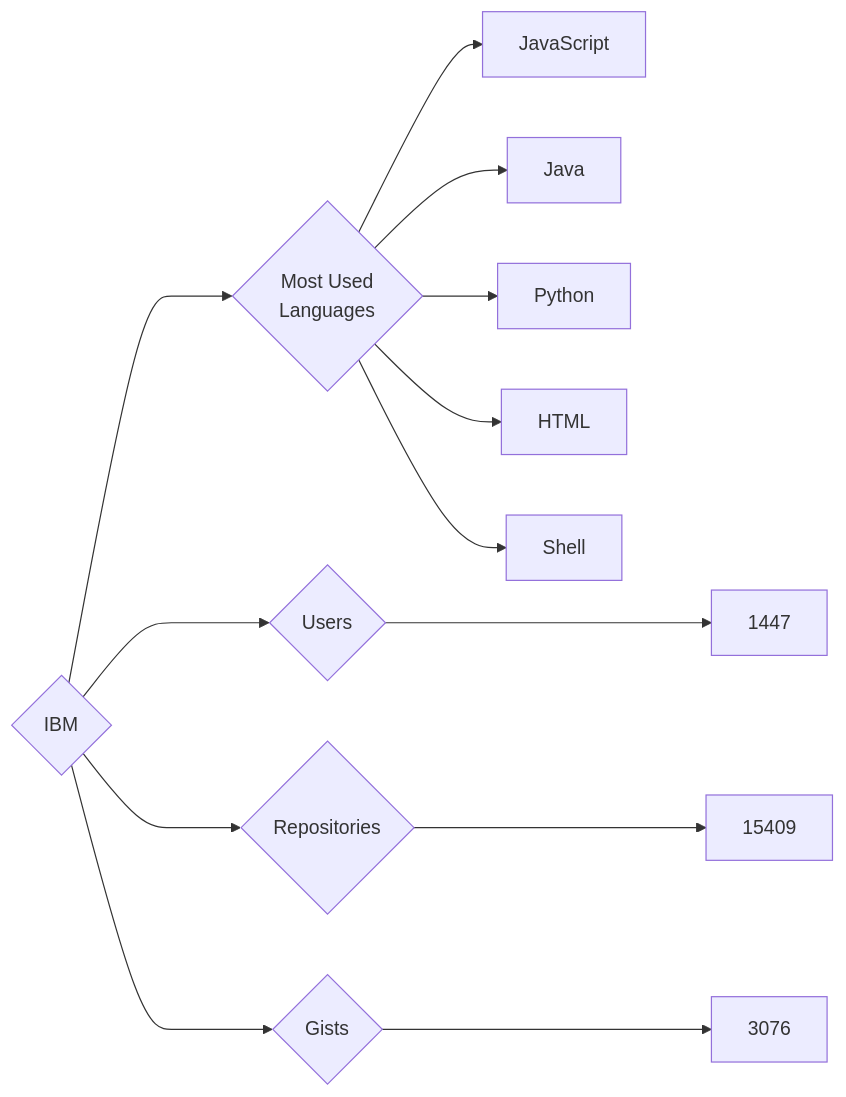
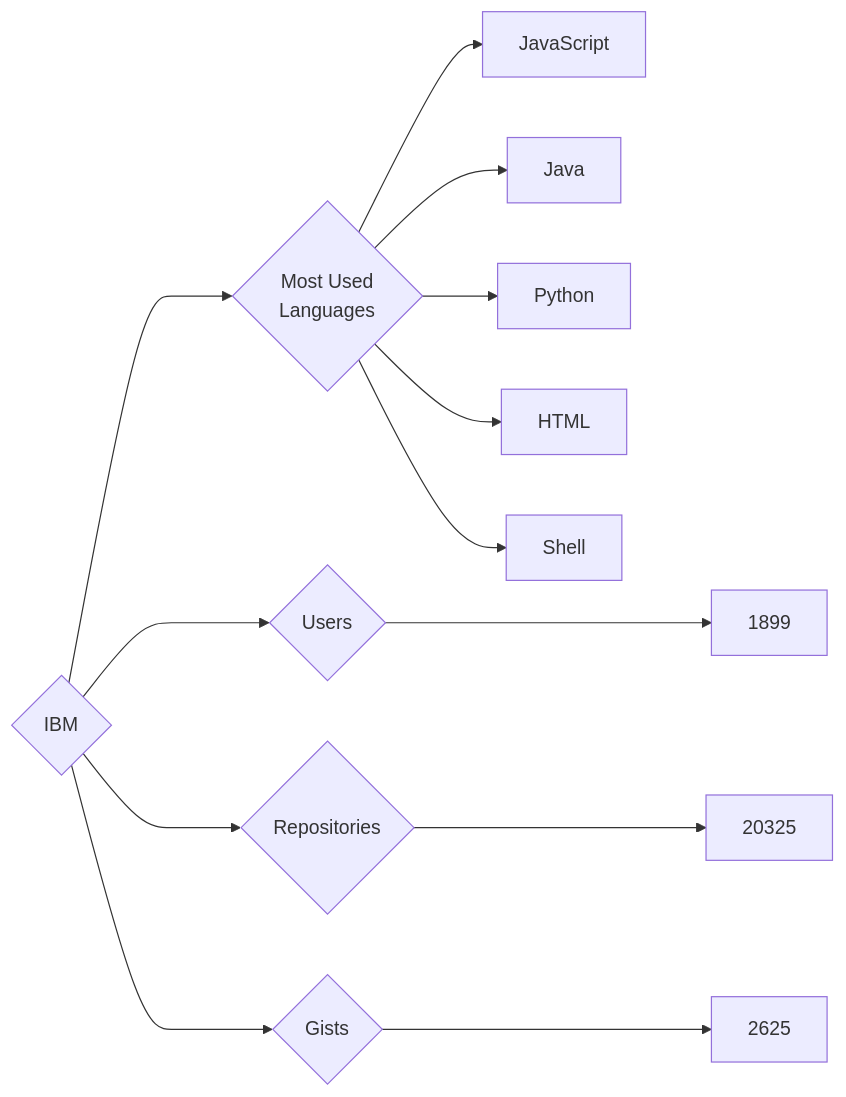
Before and after one commit to trickest/insiders: the diagram in targets/IBM/README.md, drawn with Mermaid. The commit also changed 681 other files, not shown here.

````diff
--- a/targets/IBM/README.md
+++ b/targets/IBM/README.md
@@ -3,13 +3,13 @@
 ```mermaid
 graph LR
 COMPANY_NAME{IBM}
-COMPANY_NAME ---> U{Users} ---> UN[1447]
-COMPANY_NAME ---> R{Repositories} ---> RN[15409]
-COMPANY_NAME ---> G{Gists} ---> GN[3076]
+COMPANY_NAME ---> U{Users} ---> UN[1899]
+COMPANY_NAME ---> R{Repositories} ---> RN[20325]
+COMPANY_NAME ---> G{Gists} ---> GN[2625]
 COMPANY_NAME ---> ML{Most Used<br>Languages}
 ML --> JavaScript[JavaScript]
 ML --> Java[Java]
 ML --> Python[Python]
 ML --> HTML[HTML]
 ML --> Shell[Shell]
 ```
````
